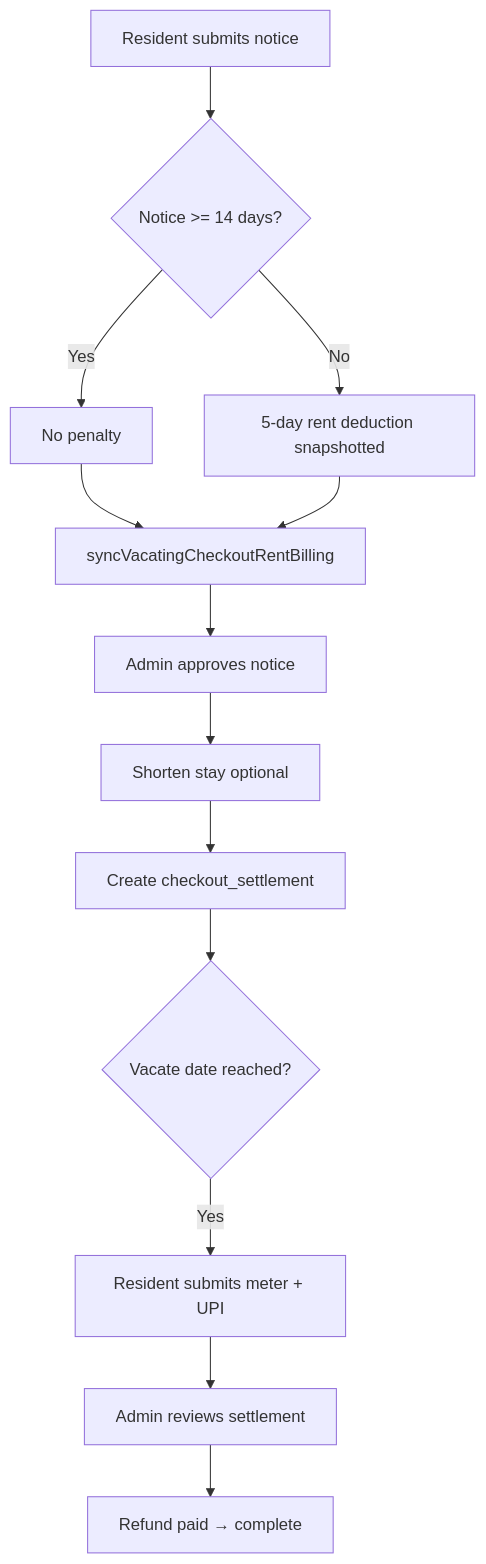
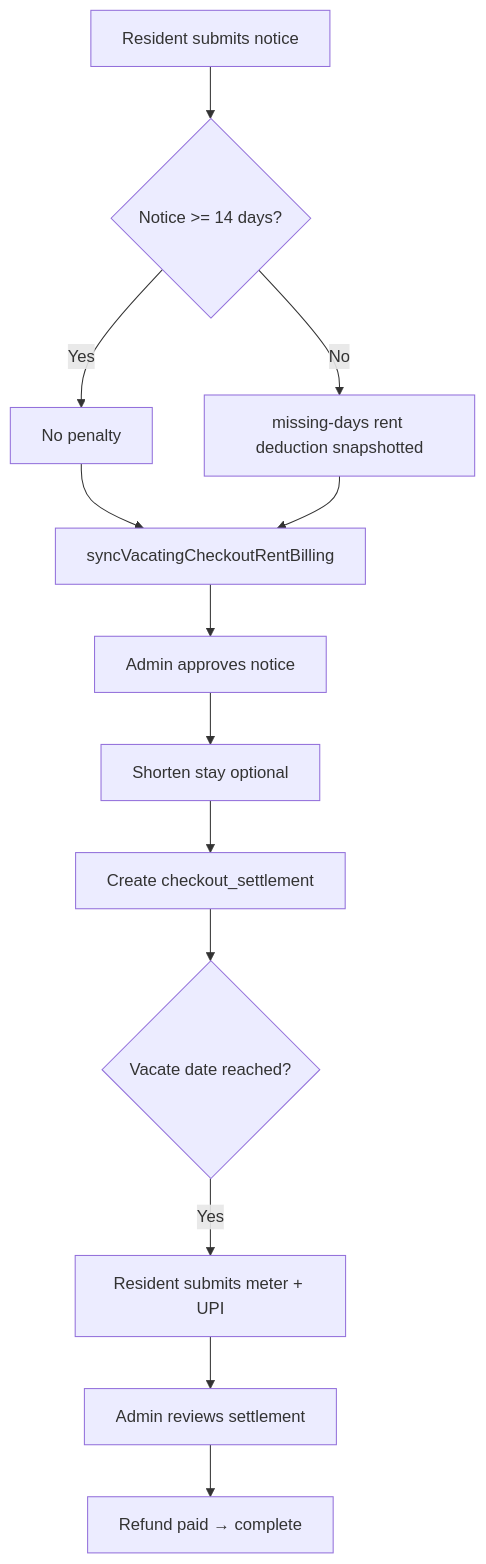
One commit to arshadmotlani-cpu/awesomepgnew changed the second of 2 diagrams in docs/SYSTEM/WORKFLOWS.md. Above: the diagram before and after it, drawn with Mermaid. The commit also changed 66 other files, not shown here.

First line of the commit message:
Replace vacating fixed 5-day penalty with pro-rata notice deduction and ship billing engine.

````diff
--- a/docs/SYSTEM/WORKFLOWS.md
+++ b/docs/SYSTEM/WORKFLOWS.md
@@ -89,15 +89,15 @@
 ```mermaid
 flowchart TD
   A[Resident submits notice] --> B{Notice >= 14 days?}
   B -->|Yes| C[No penalty]
-  B -->|No| D[5-day rent deduction snapshotted]
+  B -->|No| D[missing-days rent deduction snapshotted]
   C --> E[syncVacatingCheckoutRentBilling]
   D --> E
   E --> F[Admin approves notice]
   F --> G[Shorten stay optional]
   G --> H[Create checkout_settlement]
   H --> I{Vacate date reached?}
   I -->|Yes| J[Resident submits meter + UPI]
   J --> K[Admin reviews settlement]
   K --> L[Refund paid → complete]
 ```
````
